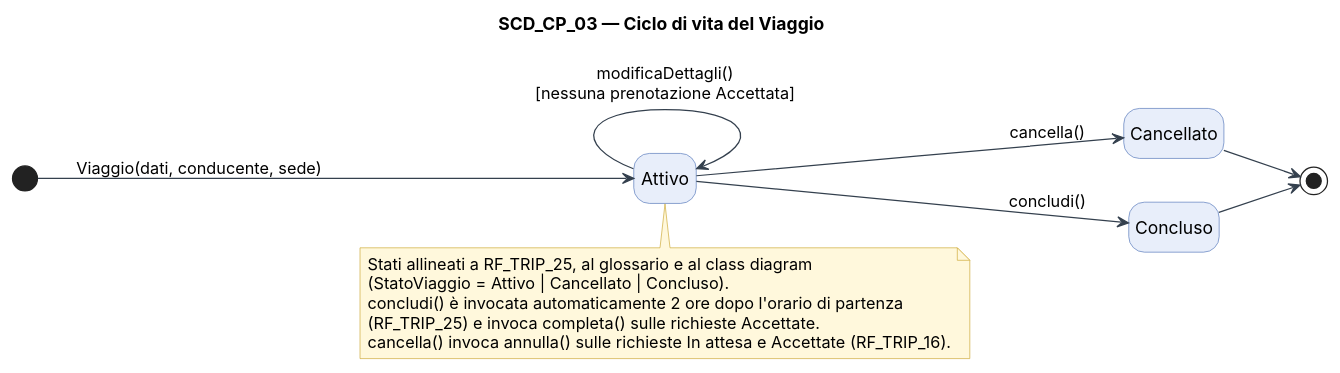
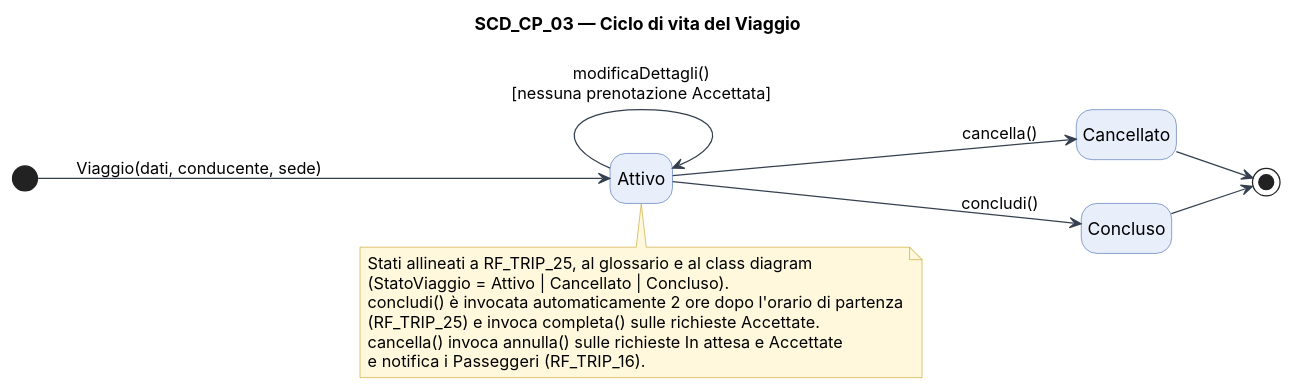
One commit to CarPool-C03/CarPool changed the diagram in docs/modelli/SCD_CP_03_Ciclo_vita_Viaggio.puml. Above: the diagram before and after it, drawn with PlantUML. The commit also changed 36 other files, not shown here.

```diff
--- a/docs/modelli/SCD_CP_03_Ciclo_vita_Viaggio.puml
+++ b/docs/modelli/SCD_CP_03_Ciclo_vita_Viaggio.puml
@@ -1,37 +1,38 @@
 @startuml SCD_CP_03
 ' SCD_CP_03 — Ciclo di vita del Viaggio
 ' Autori: Gennaro Garone, Simone Esposito
 skinparam shadowing false
 skinparam defaultFontName Inter
 skinparam state {
   BackgroundColor #E8EEFA
   BorderColor #4A6FB5
   ArrowColor #34404E
 }
 skinparam note {
   BackgroundColor #FFF8DC
   BorderColor #C9A227
 }
 hide empty description
 left to right direction
 title SCD_CP_03 — Ciclo di vita del Viaggio
 
 state "Attivo" as Attivo
 state "Cancellato" as Cancellato
 state "Concluso" as Concluso
 
 [*] --> Attivo : Viaggio(dati, conducente, sede)
 Attivo --> Attivo : modificaDettagli()\n[nessuna prenotazione Accettata]
 Attivo --> Cancellato : cancella()
 Attivo --> Concluso : concludi()
 Cancellato --> [*]
 Concluso --> [*]
 
 note bottom of Attivo
   Stati allineati a RF_TRIP_25, al glossario e al class diagram
   (StatoViaggio = Attivo | Cancellato | Concluso).
   concludi() è invocata automaticamente 2 ore dopo l'orario di partenza
   (RF_TRIP_25) e invoca completa() sulle richieste Accettate.
-  cancella() invoca annulla() sulle richieste In attesa e Accettate (RF_TRIP_16).
+  cancella() invoca annulla() sulle richieste In attesa e Accettate
+  e notifica i Passeggeri (RF_TRIP_16).
 end note
 @enduml
```
